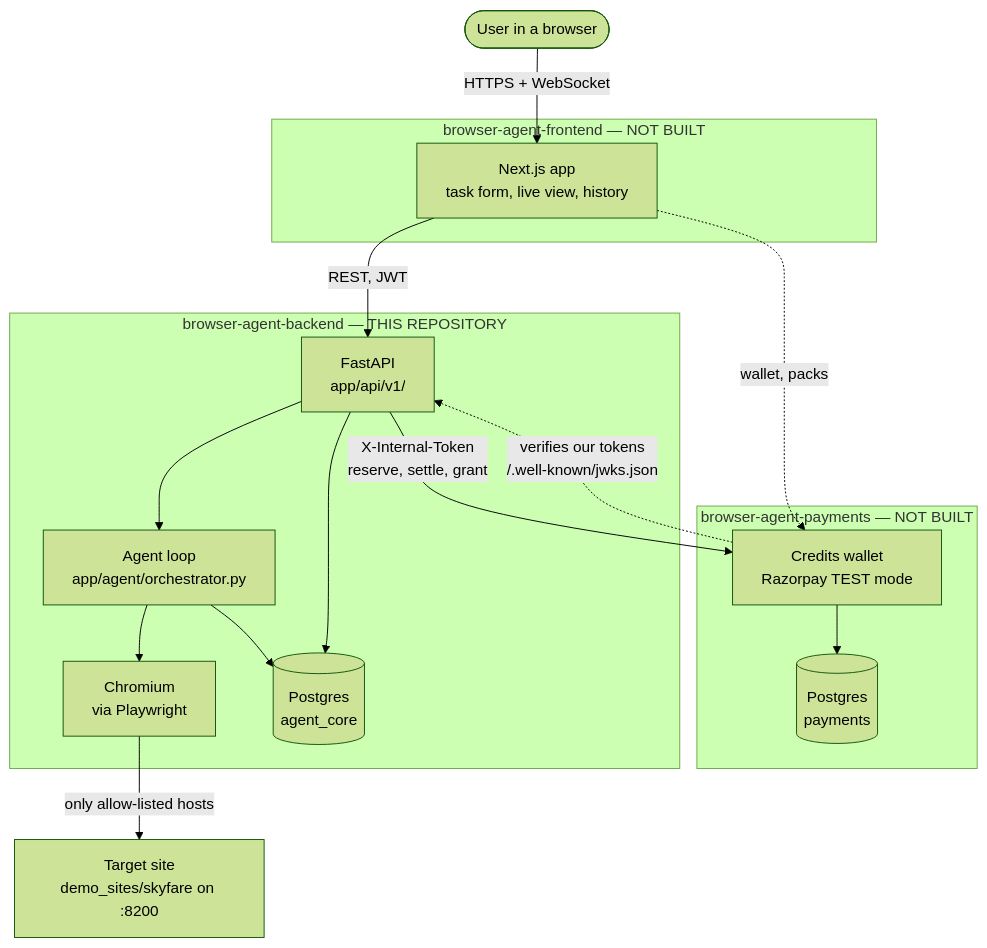
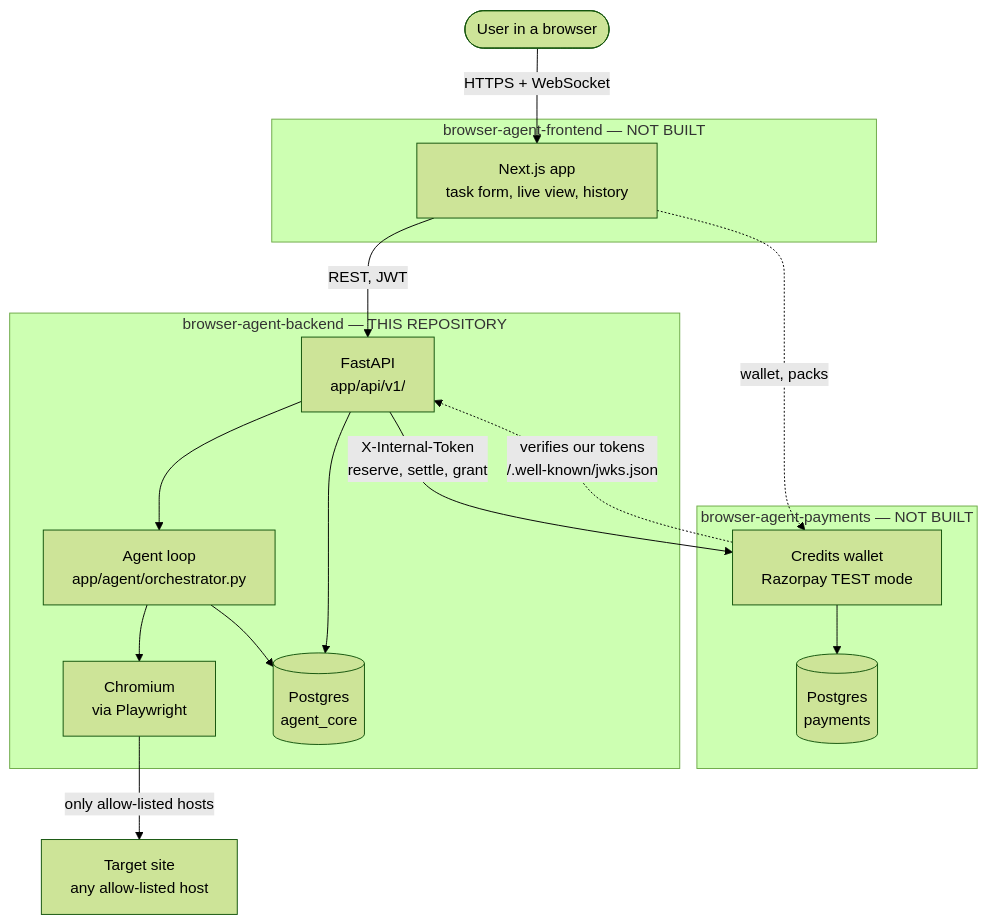
The first of 5 diagrams in docs/architecture.md (Abhishek9639/browser-agent-backend), drawn with Mermaid (forest theme) before and after one commit. The commit also changed other lines of this file and 34 other files, not shown here.

````diff
--- a/docs/architecture.md
+++ b/docs/architecture.md
@@ -15,34 +15,34 @@
 ```mermaid
 graph TB
     user([User in a browser])
 
     subgraph frontend["browser-agent-frontend &mdash; NOT BUILT"]
         ui["Next.js app<br/>task form, live view, history"]
     end
 
     subgraph backend["browser-agent-backend &mdash; THIS REPOSITORY"]
         api["FastAPI<br/>app/api/v1/"]
         agent["Agent loop<br/>app/agent/orchestrator.py"]
         chromium["Chromium<br/>via Playwright"]
         db[("Postgres<br/>agent_core")]
     end
 
     subgraph payments["browser-agent-payments &mdash; NOT BUILT"]
         wallet["Credits wallet<br/>Razorpay TEST mode"]
         pdb[("Postgres<br/>payments")]
     end
 
-    site["Target site<br/>demo_sites/skyfare on :8200"]
+    site["Target site<br/>any allow-listed host"]
 
     user -->|"HTTPS + WebSocket"| ui
     ui -->|"REST, JWT"| api
     ui -.->|"wallet, packs"| wallet
     api --> agent
     agent --> chromium
     chromium -->|"only allow-listed hosts"| site
     api --> db
     agent --> db
     api -->|"X-Internal-Token<br/>reserve, settle, grant"| wallet
     wallet --> pdb
     wallet -.->|"verifies our tokens<br/>/.well-known/jwks.json"| api
 ```
````
